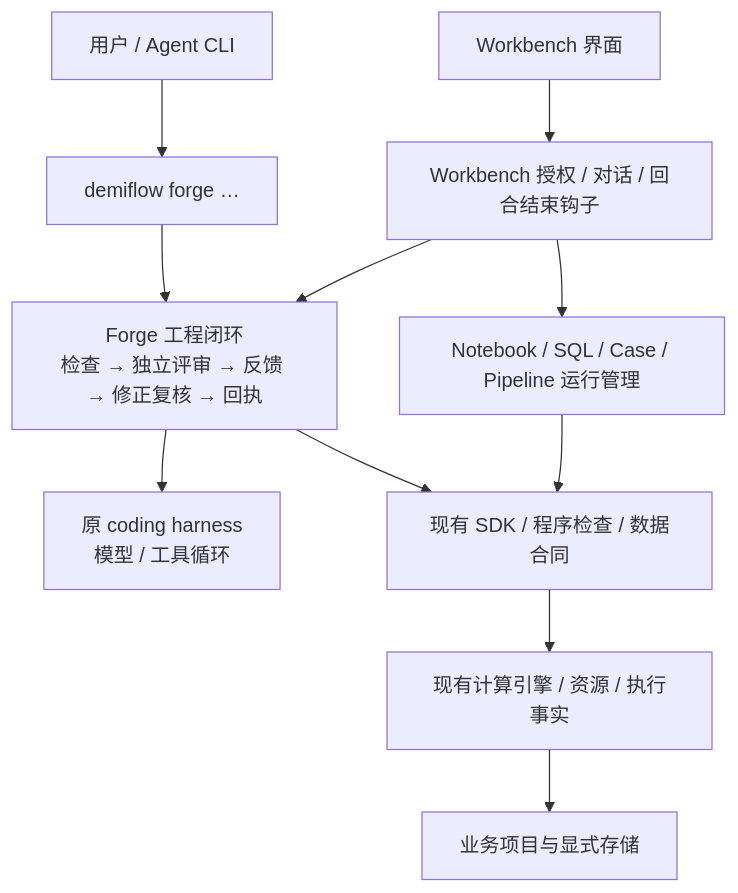
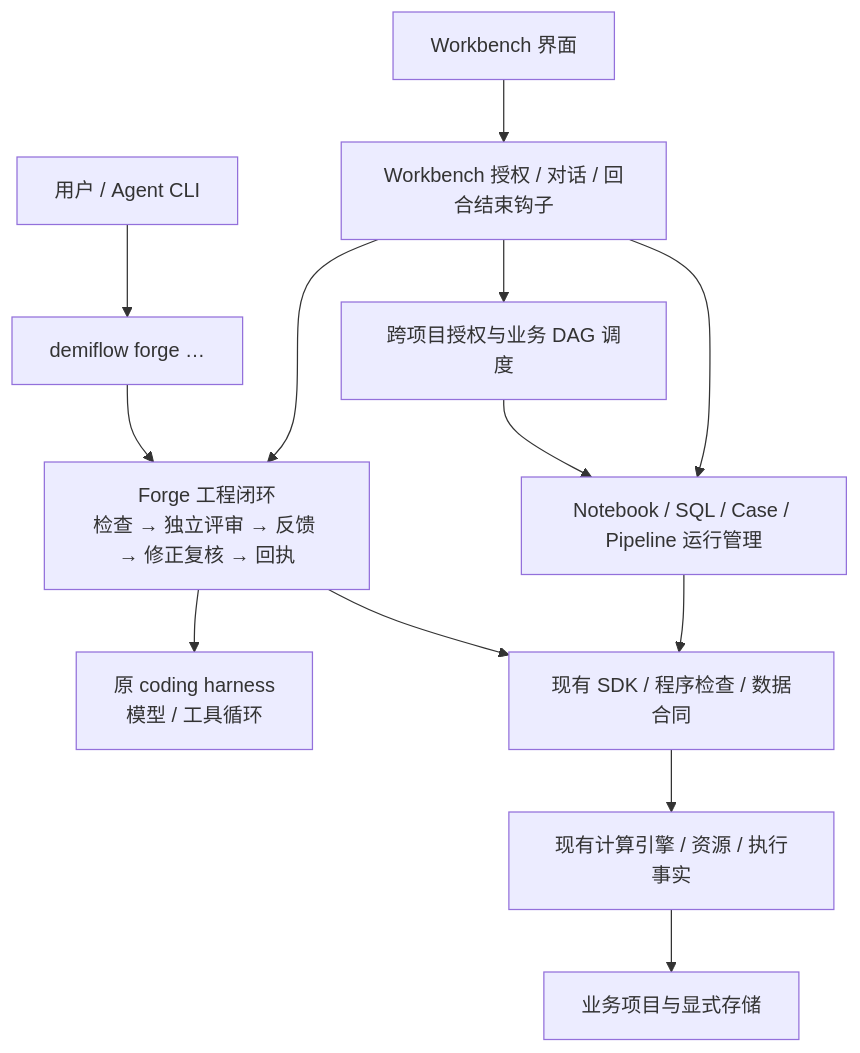
One commit to vincent9299/demiflow changed the diagram in docs/architecture-master-intent-v1.md. Above: the diagram before and after it, drawn with Mermaid. The commit also changed other lines of this file and 28 other files, not shown here.

````diff
--- a/docs/architecture-master-intent-v1.md
+++ b/docs/architecture-master-intent-v1.md
@@ -23,13 +23,15 @@
 ```mermaid
 flowchart TB
   Terminal["用户 / Agent CLI"] --> CLI["demiflow forge …"]
   Web["Workbench 界面"] --> Host["Workbench 授权 / 对话 / 回合结束钩子"]
   CLI --> Forge["Forge 工程闭环\n检查 → 独立评审 → 反馈 → 修正复核 → 回执"]
   Host --> Forge
   Forge --> Harness["原 coding harness\n模型 / 工具循环"]
   Forge --> SDK["现有 SDK / 程序检查 / 数据合同"]
+  Host --> DAG["跨项目授权与业务 DAG 调度"]
+  DAG --> Product
   Host --> Product["Notebook / SQL / Case / Pipeline 运行管理"]
   Product --> SDK
   SDK --> Engine["现有计算引擎 / 资源 / 执行事实"]
   Engine --> Project["业务项目与显式存储"]
 ```
````
